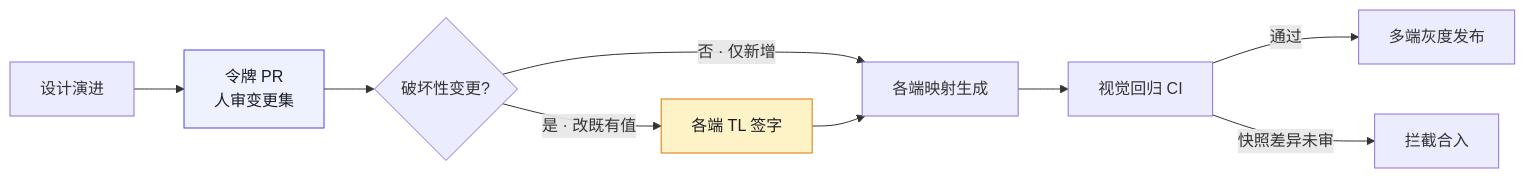
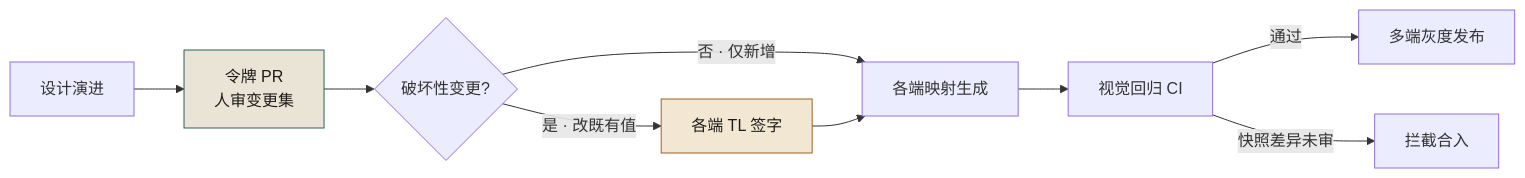
Before and after one commit to funny8kids/AI_Native_Software_Engineering: the second of 2 diagrams in docs/manuscript/ch20-第15章-前端解耦多端设计系统.md, drawn with Mermaid. The commit also changed other lines of this file and 81 other files, not shown here.

````diff
--- a/docs/manuscript/ch20-第15章-前端解耦多端设计系统.md
+++ b/docs/manuscript/ch20-第15章-前端解耦多端设计系统.md
@@ -144,12 +146,12 @@
 ```mermaid
 flowchart LR
   D1[设计演进] --> PR[令牌 PR<br/>人审变更集]
   PR --> BR{破坏性变更?}
   BR -->|否 · 仅新增| GEN[各端映射生成]
   BR -->|是 · 改既有值| RISK[各端 TL 签字] --> GEN
   GEN --> SNAP[视觉回归 CI]
   SNAP -->|通过| REL[多端灰度发布]
   SNAP -->|快照差异未审| BLOCK[拦截合入]
-  style PR fill:#eef2ff,stroke:#4f46e5,color:#1a1d23
-  style RISK fill:#fef3c7,stroke:#d97706,color:#1a1d23
+  style PR fill:#eae4d6,stroke:#2f6154,color:#1e1c19
+  style RISK fill:#f2e7d3,stroke:#9d6127,color:#1e1c19
 ```
````
